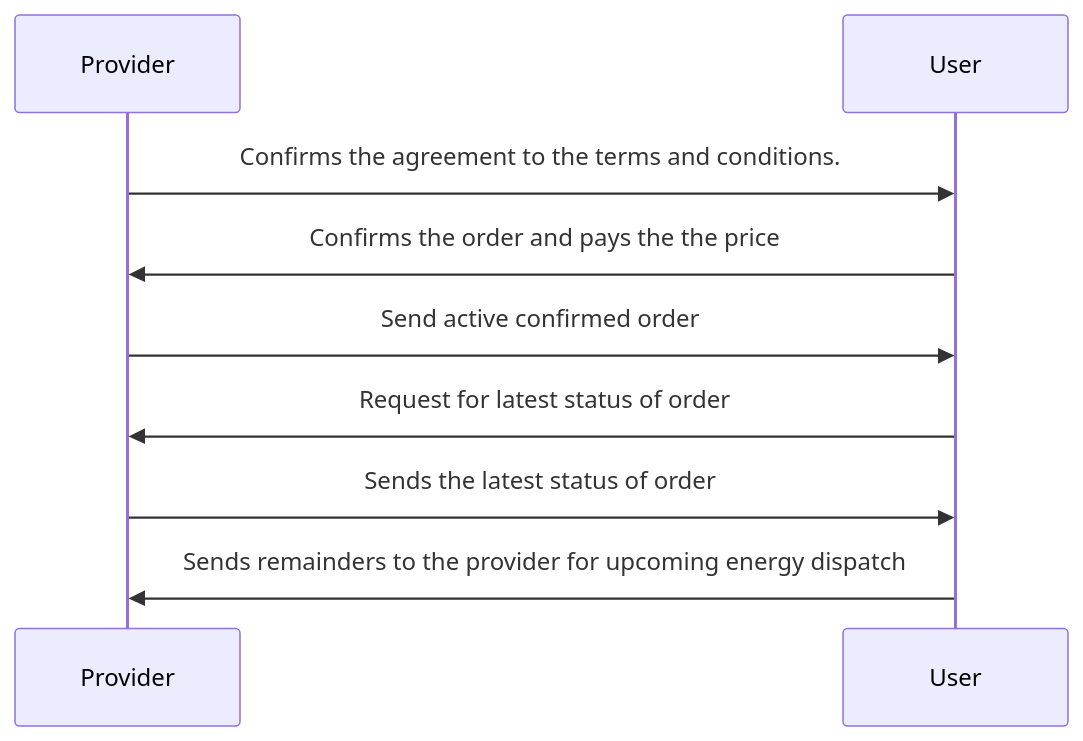
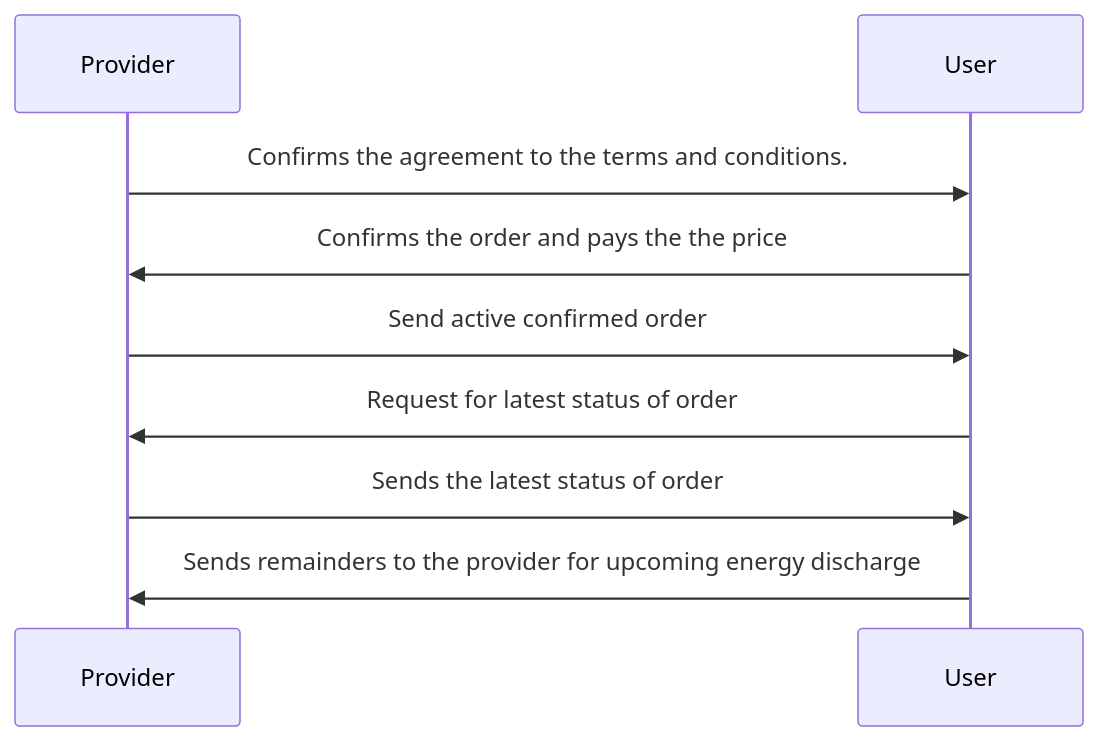
The seventh of 8 diagrams in docs/implementation-guides/General_Energy_Transaction_1.md (Sudheesh2609/DENT-Protocol), drawn with Mermaid before and after one commit. The commit also changed other lines of this file, not shown here.

````diff
--- a/docs/implementation-guides/General_Energy_Transaction_1.md
+++ b/docs/implementation-guides/General_Energy_Transaction_1.md
@@ -189,9 +205,9 @@
 ```mermaid
     sequenceDiagram
     Provider->>User: Confirms the agreement to the terms and conditions.
     User->>Provider: Confirms the order and pays the the price
     Provider->>User: Send active confirmed order
     User->>Provider: Request for latest status of order
     Provider->>User: Sends the latest status of order
-    User->>Provider: Sends remainders to the provider for upcoming energy dispatch
+    User->>Provider: Sends remainders to the provider for upcoming energy discharge
 ```
````
